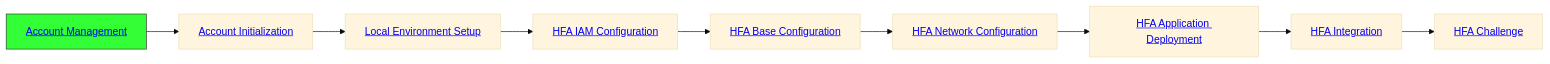
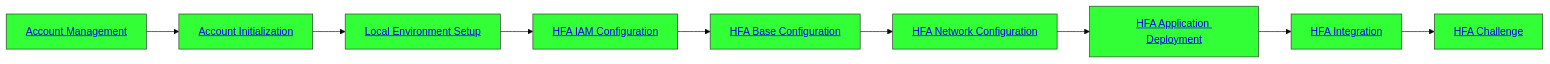
The diagram in workshop/Readme.md (Huawei-APAC-Professional-Services/hfa-workshop), drawn with Mermaid (base theme) before and after one commit.

````diff
--- a/workshop/Readme.md
+++ b/workshop/Readme.md
@@ -40,14 +40,21 @@
 ```mermaid
 flowchart LR
     Account[<a href='https://github.com/Huawei-APAC-Professional-Services/hfa-workshop/blob/main/workshop/content/01_Account_Management.md'>Account Management</a>]
     style Account fill:#33FF36,stroke:#333,stroke-width:1px
     Account --> AccountInitialization[<a href='https://github.com/Huawei-APAC-Professional-Services/hfa-workshop/blob/main/workshop/content/02_Account_Initialization.md'>Account Initialization</a>]
+    style AccountInitialization fill:#33FF36,stroke:#333,stroke-width:1px
     AccountInitialization --> LocalEnvironmentSetup[<a href='https://github.com/Huawei-APAC-Professional-Services/hfa-workshop/blob/main/workshop/content/03_Local_Env_Setup.md'>Local Environment Setup</a>]
+    style LocalEnvironmentSetup fill:#33FF36,stroke:#333,stroke-width:1px
     LocalEnvironmentSetup --> HFA_IAM_Configuration[<a href='https://github.com/Huawei-APAC-Professional-Services/hfa-workshop/blob/main/workshop/content/04_HFA_IAM_Configuration.md'>HFA IAM Configuration</a>]
+    style HFA_IAM_Configuration fill:#33FF36,stroke:#333,stroke-width:1px
     HFA_IAM_Configuration --> HFA_Base_Configuration[<a href='https://github.com/Huawei-APAC-Professional-Services/hfa-workshop/blob/main/workshop/content/05_HFA_Base_Configuration.md'>HFA Base Configuration</a>]
+    style HFA_Base_Configuration fill:#33FF36,stroke:#333,stroke-width:1px
     HFA_Base_Configuration --> HFA_Network_Configuration[<a href='https://github.com/Huawei-APAC-Professional-Services/hfa-workshop/blob/main/workshop/content/06_HFA_Network_Configuration.md'>HFA Network Configuration</a>]
+    style HFA_Network_Configuration fill:#33FF36,stroke:#333,stroke-width:1px
     HFA_Network_Configuration --> HFA_Application_Deployment[<a href='https://github.com/Huawei-APAC-Professional-Services/hfa-workshop/blob/main/workshop/content/07_HFA_Application_Deployment.md'>HFA Application Deployment</a>]
+    style HFA_Application_Deployment fill:#33FF36,stroke:#333,stroke-width:1px
     HFA_Application_Deployment --> HFA_Integration[<a href='https://github.com/Huawei-APAC-Professional-Services/hfa-workshop/blob/main/workshop/content/08_HFA_Integration.md'>HFA Integration</a>]
+    style HFA_Integration fill:#33FF36,stroke:#333,stroke-width:1px
     HFA_Integration --> HFA_Challenge[<a href='https://github.com/Huawei-APAC-Professional-Services/hfa-workshop/blob/main/workshop/content/09_HFA_Challenge.md'>HFA Challenge</a>]
-    
+    style HFA_Challenge fill:#33FF36,stroke:#333,stroke-width:1px
 ```
````
